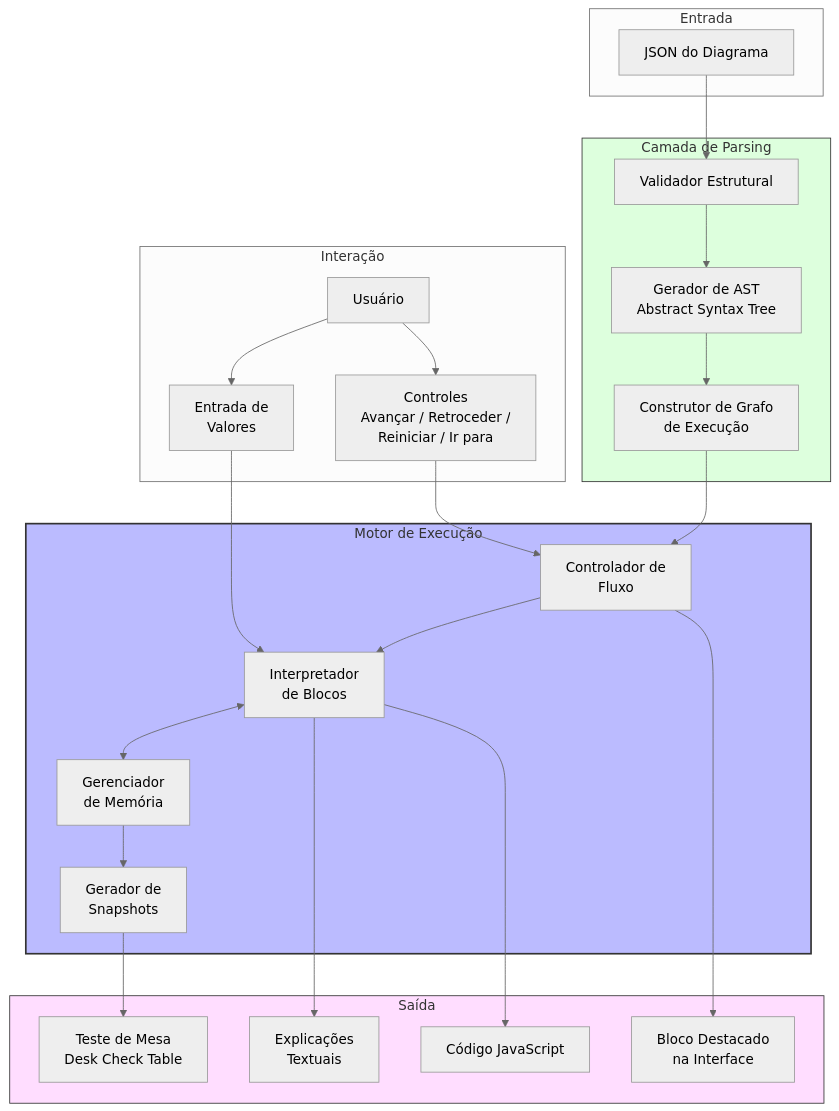
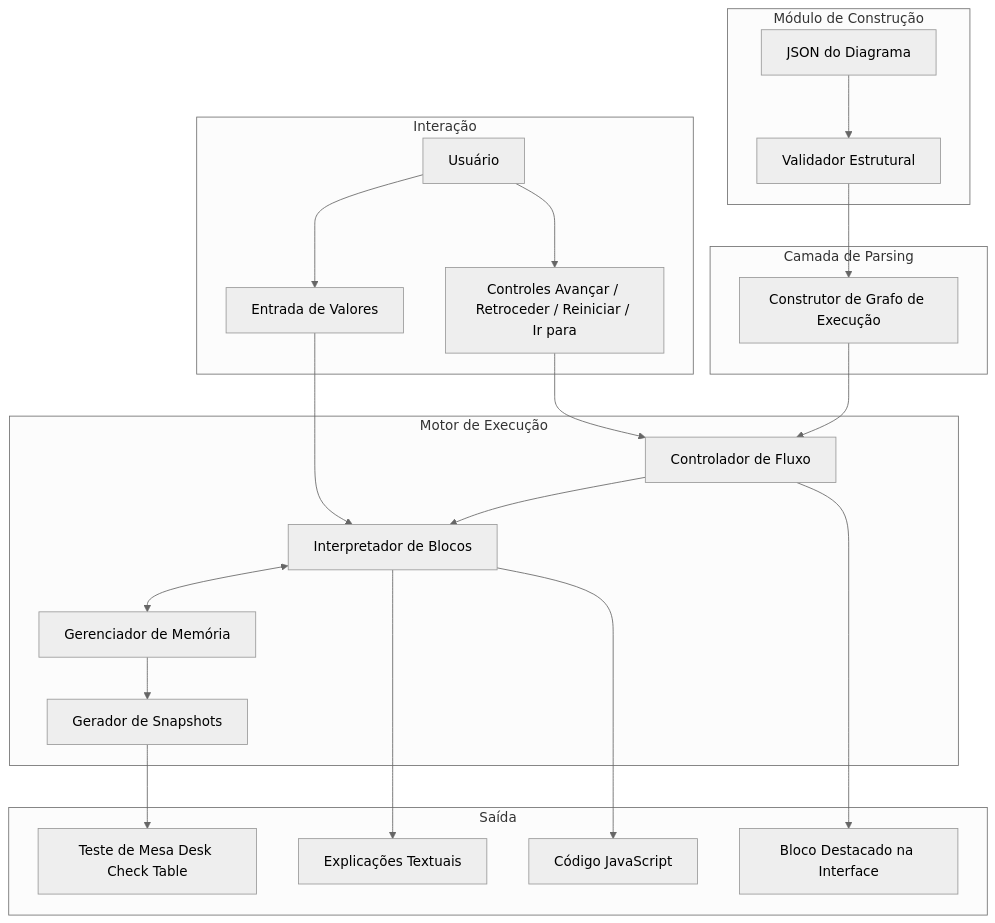
Before and after one commit to si-utfpr-gp/blade: the fifth of 7 diagrams in docs/ssd.md, drawn with Mermaid (neutral theme). The commit also changed other lines of this file and 6 other files, not shown here.

First line of the commit message:
@lucasgfaj/feat/parser-json-diagram-execution-graph (#63)

````diff
--- a/docs/ssd.md
+++ b/docs/ssd.md
@@ -387,55 +366,41 @@
 ```mermaid
 graph TB
-    subgraph Input["Entrada"]
+    subgraph Builder["Módulo de Construção"]
         DIAGRAM[JSON do Diagrama]
+        VAL[Validador Estrutural]
+        DIAGRAM --> VAL
     end
-
     subgraph Parser["Camada de Parsing"]
-        VAL[Validador Estrutural]
-        AST[Gerador de AST<br/>Abstract Syntax Tree]
-        GRAPH[Construtor de Grafo<br/>de Execução]
+        GRAPH[Construtor de Grafo de Execução]
     end
-
     subgraph Engine["Motor de Execução"]
-        CTL[Controlador de<br/>Fluxo]
-        INTERP[Interpretador<br/>de Blocos]
-        MEM[Gerenciador<br/>de Memória]
-        SNAP[Gerador de<br/>Snapshots]
+        CTL[Controlador de Fluxo]
+        INTERP[Interpretador de Blocos]
+        MEM[Gerenciador de Memória]
+        SNAP[Gerador de Snapshots]
     end
-
     subgraph Output["Saída"]
-        DT[Teste de Mesa<br/>Desk Check Table]
-        EXP[Explicações<br/>Textuais]
+        DT[Teste de Mesa Desk Check Table]
+        EXP[Explicações Textuais]
         CODE[Código JavaScript]
-        HIGHLIGHT[Bloco Destacado<br/>na Interface]
+        HIGHLIGHT[Bloco Destacado na Interface]
     end
-
     subgraph User["Interação"]
         USER[Usuário]
-        CONTROLS[Controles<br/>Avançar / Retroceder /<br/>Reiniciar / Ir para]
-        INPUT_VAL[Entrada de<br/>Valores]
+        CONTROLS[Controles Avançar / Retroceder / Reiniciar / Ir para]
+        INPUT_VAL[Entrada de Valores]
     end
-
-    DIAGRAM --> VAL
-    VAL --> AST
-    AST --> GRAPH
+    VAL --> GRAPH
     GRAPH --> CTL
-
     CTL --> INTERP
     INTERP <--> MEM
     MEM --> SNAP
     SNAP --> DT
-
     INTERP --> EXP
     INTERP --> CODE
     CTL --> HIGHLIGHT
-
     USER --> CONTROLS
     CONTROLS --> CTL
     USER --> INPUT_VAL
     INPUT_VAL --> INTERP
-
-    style Engine fill:#bbf,stroke:#333,stroke-width:2px
-    style Parser fill:#dfd,stroke:#333
-    style Output fill:#fdf,stroke:#333
 ```
````
